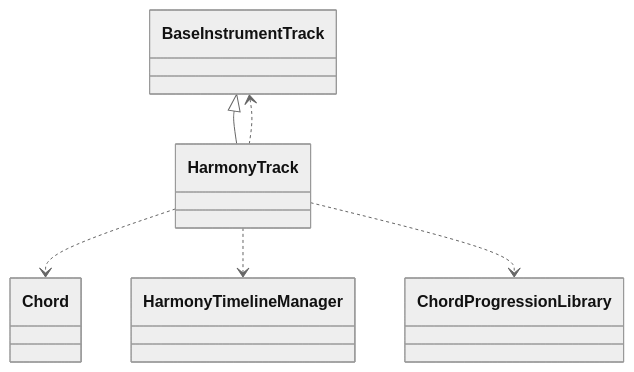
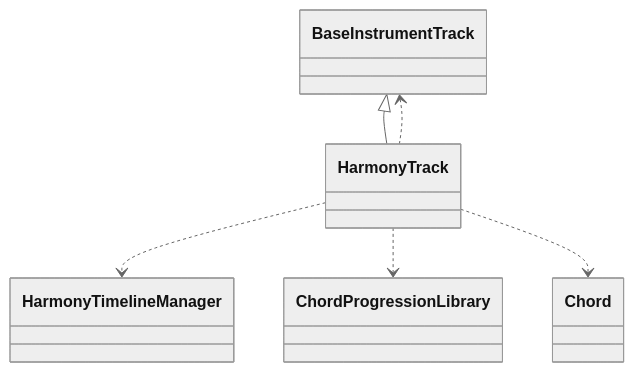
Before and after one commit to schnock-art/project_inspector: the fourth of 39 diagrams in test/test.md, drawn with Mermaid (neutral theme). The commit also changed other lines of this file and 1 other file, not shown here.

Commit message:
Removed empty mermaid

````diff
--- a/test/test.md
+++ b/test/test.md
@@ -186,8 +186,8 @@
 ```mermaid
 classDiagram
 BaseInstrumentTrack <|-- HarmonyTrack
+HarmonyTrack ..> HarmonyTimelineManager
 HarmonyTrack ..> BaseInstrumentTrack
+HarmonyTrack ..> ChordProgressionLibrary
 HarmonyTrack ..> Chord
-HarmonyTrack ..> HarmonyTimelineManager
-HarmonyTrack ..> ChordProgressionLibrary
 ```
````
